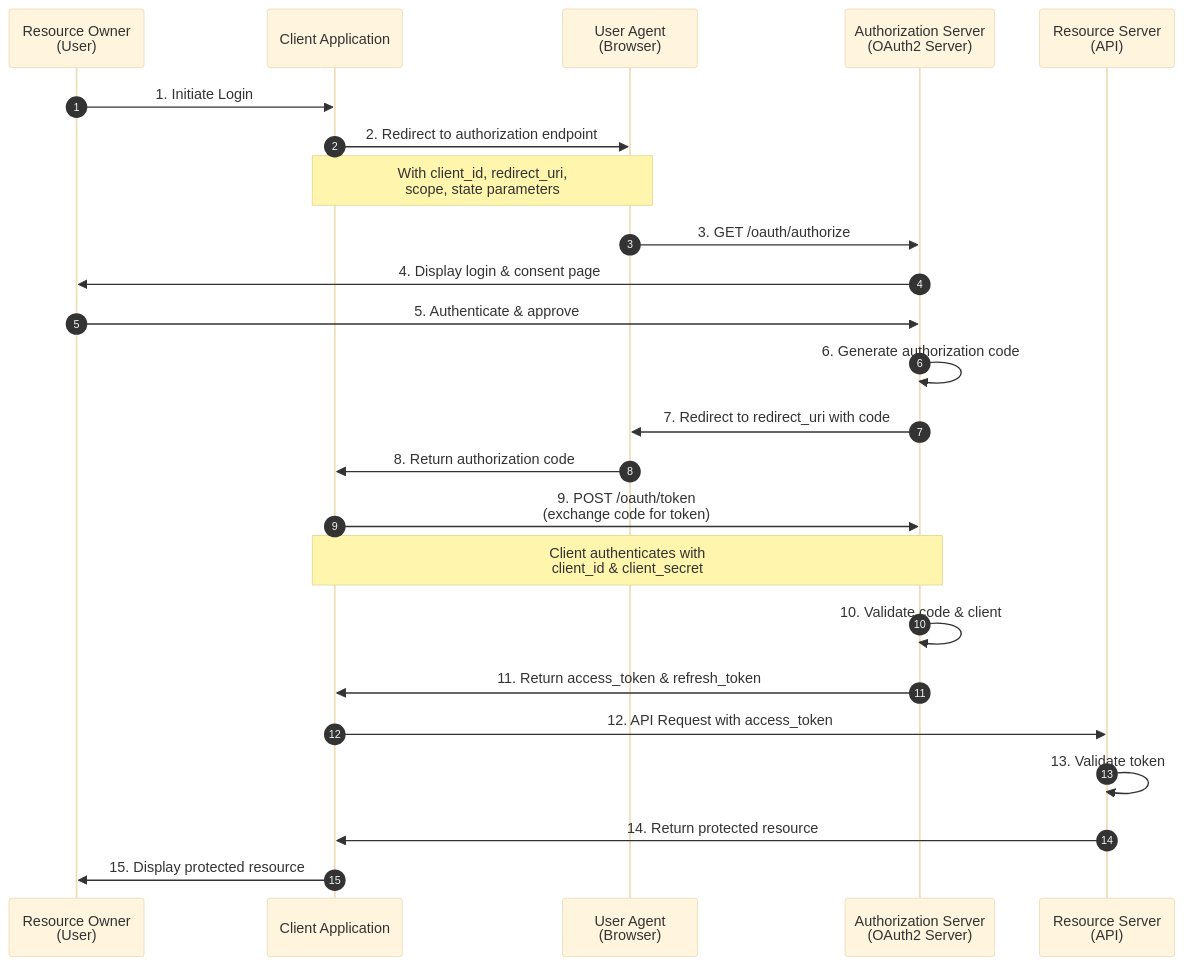
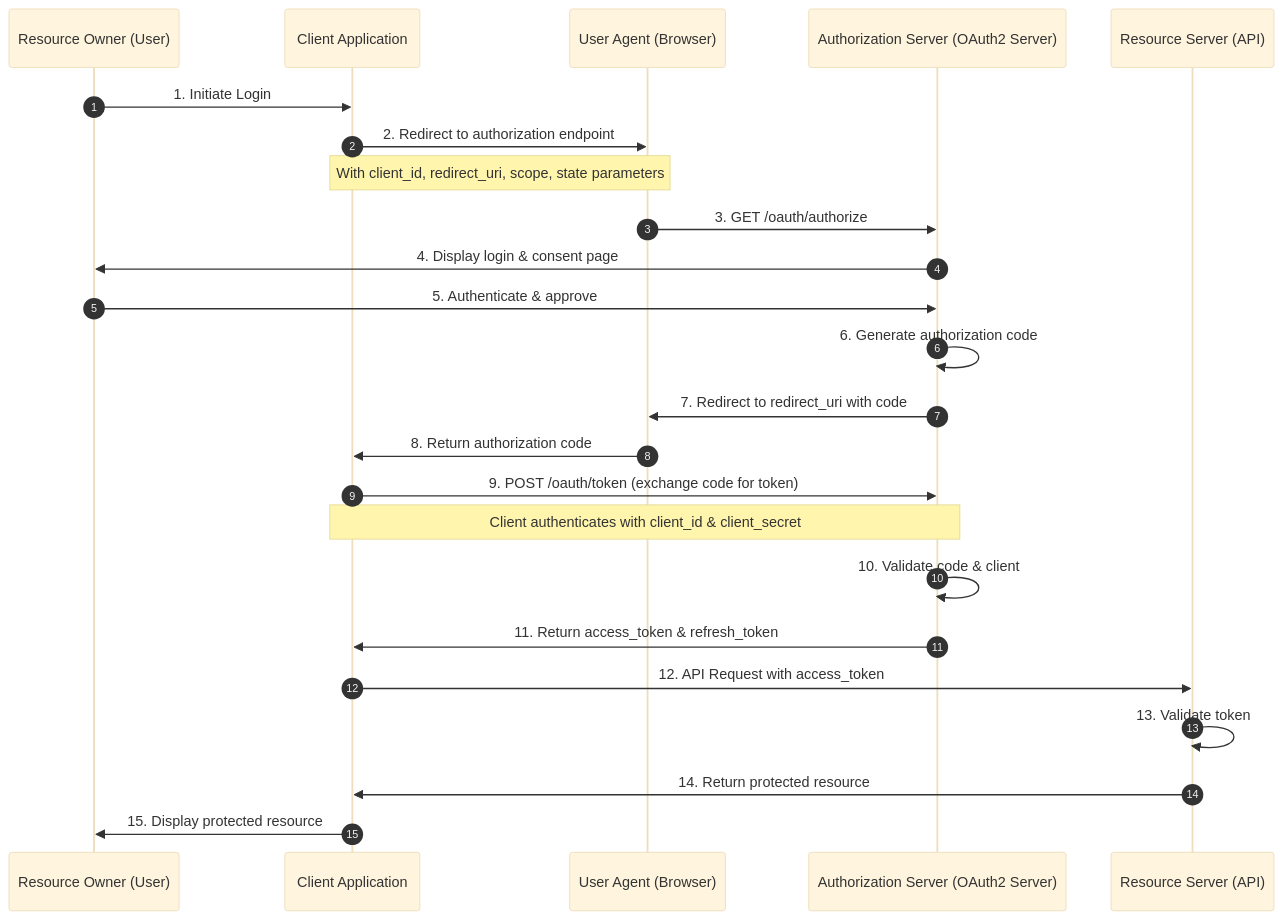
Before and after one commit to ianlintner/rust-oauth2-server: the first of 2 diagrams in docs/flows/authorization-code.md, drawn with Mermaid (base theme). The commit also changed other lines of this file and 11 other files, not shown here.

First line of the commit message:
Fix mermaid diagram labels and improve markdown formatting (#28)

````diff
--- a/docs/flows/authorization-code.md
+++ b/docs/flows/authorization-code.md
@@ -16,33 +16,33 @@
 ```mermaid
 sequenceDiagram
     autonumber
-    participant User as Resource Owner<br/>(User)
+    participant User as Resource Owner (User)
     participant Client as Client Application
-    participant Browser as User Agent<br/>(Browser)
-    participant AuthServer as Authorization Server<br/>(OAuth2 Server)
-    participant ResourceServer as Resource Server<br/>(API)
+    participant Browser as User Agent (Browser)
+    participant AuthServer as Authorization Server (OAuth2 Server)
+    participant ResourceServer as Resource Server (API)
     
     User->>Client: 1. Initiate Login
     Client->>Browser: 2. Redirect to authorization endpoint
-    Note over Client,Browser: With client_id, redirect_uri,<br/>scope, state parameters
+    Note over Client,Browser: With client_id, redirect_uri, scope, state parameters
     
     Browser->>AuthServer: 3. GET /oauth/authorize
     AuthServer->>User: 4. Display login & consent page
     
     User->>AuthServer: 5. Authenticate & approve
     AuthServer->>AuthServer: 6. Generate authorization code
     AuthServer->>Browser: 7. Redirect to redirect_uri with code
     
     Browser->>Client: 8. Return authorization code
-    Client->>AuthServer: 9. POST /oauth/token<br/>(exchange code for token)
-    Note over Client,AuthServer: Client authenticates with<br/>client_id & client_secret
+    Client->>AuthServer: 9. POST /oauth/token (exchange code for token)
+    Note over Client,AuthServer: Client authenticates with client_id & client_secret
     
     AuthServer->>AuthServer: 10. Validate code & client
     AuthServer->>Client: 11. Return access_token & refresh_token
     
     Client->>ResourceServer: 12. API Request with access_token
     ResourceServer->>ResourceServer: 13. Validate token
     ResourceServer->>Client: 14. Return protected resource
     
     Client->>User: 15. Display protected resource
 ```
````
